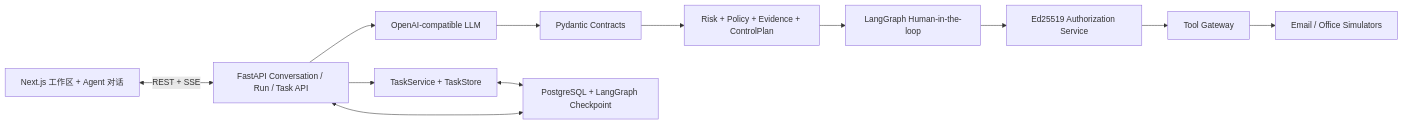
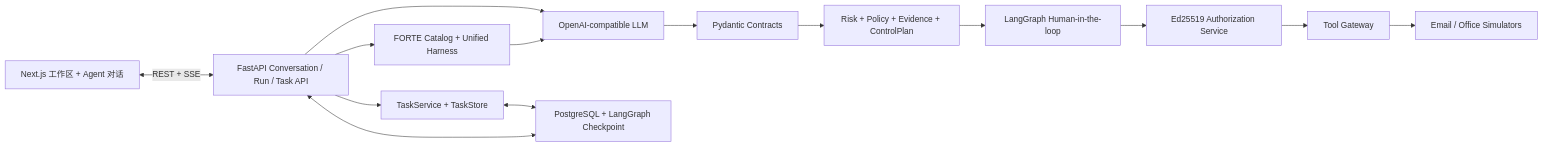
One commit to Dickey007s/lenovo_agent changed the diagram in README.md. Above: the diagram before and after it, drawn with Mermaid. The commit also changed other lines of this file and 23 other files, not shown here.

Commit message:
docs(harness): bind FORTE worksite evidence

````diff
--- a/README.md
+++ b/README.md
@@ -120,26 +130,29 @@
 ```mermaid
 flowchart LR
     UI["Next.js 工作区 + Agent 对话"]
     API["FastAPI Conversation / Run / Task API"]
     TASK["TaskService + TaskStore"]
+    HARNESS["FORTE Catalog + Unified Harness"]
     LLM["OpenAI-compatible LLM"]
     CONTRACT["Pydantic Contracts"]
     GOVERN["Risk + Policy + Evidence + ControlPlan"]
     GRAPH["LangGraph Human-in-the-loop"]
     AUTH["Ed25519 Authorization Service"]
     GATEWAY["Tool Gateway"]
     SIM["Email / Office Simulators"]
     PG["PostgreSQL + LangGraph Checkpoint"]
 
     UI <-->|"REST + SSE"| API
     API --> TASK
+    API --> HARNESS
     TASK <--> PG
     API --> LLM
+    HARNESS --> LLM
     LLM --> CONTRACT
     CONTRACT --> GOVERN
     GOVERN --> GRAPH
     GRAPH --> AUTH
     AUTH --> GATEWAY
     GATEWAY --> SIM
     API <--> PG
 ```
````
